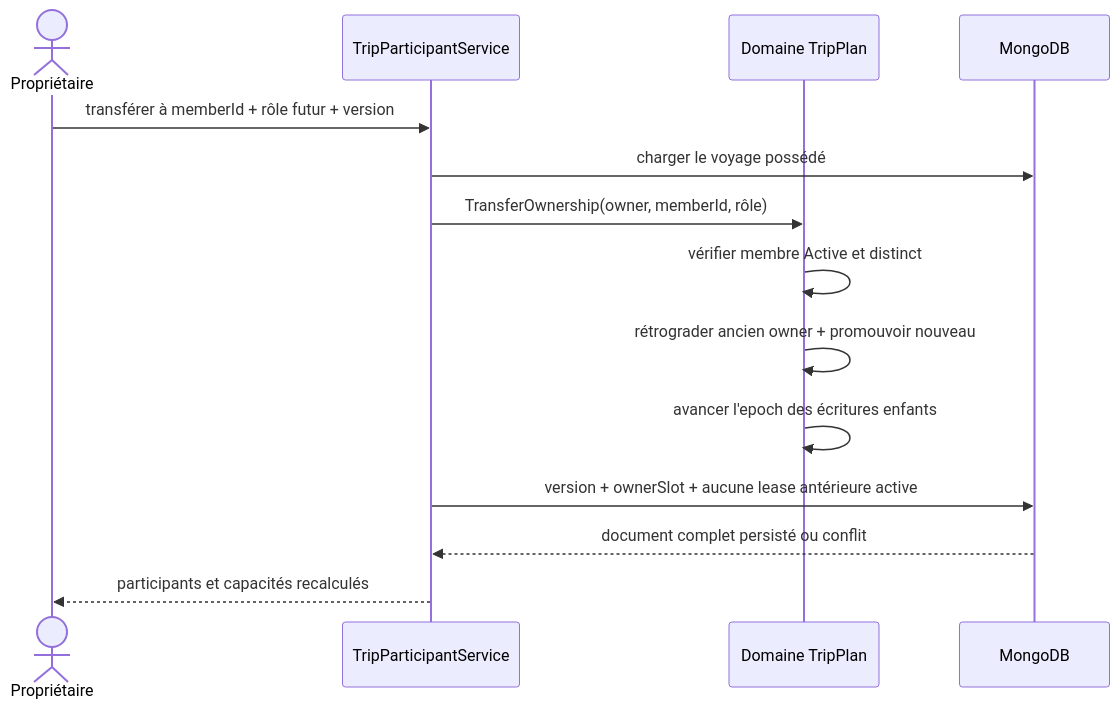
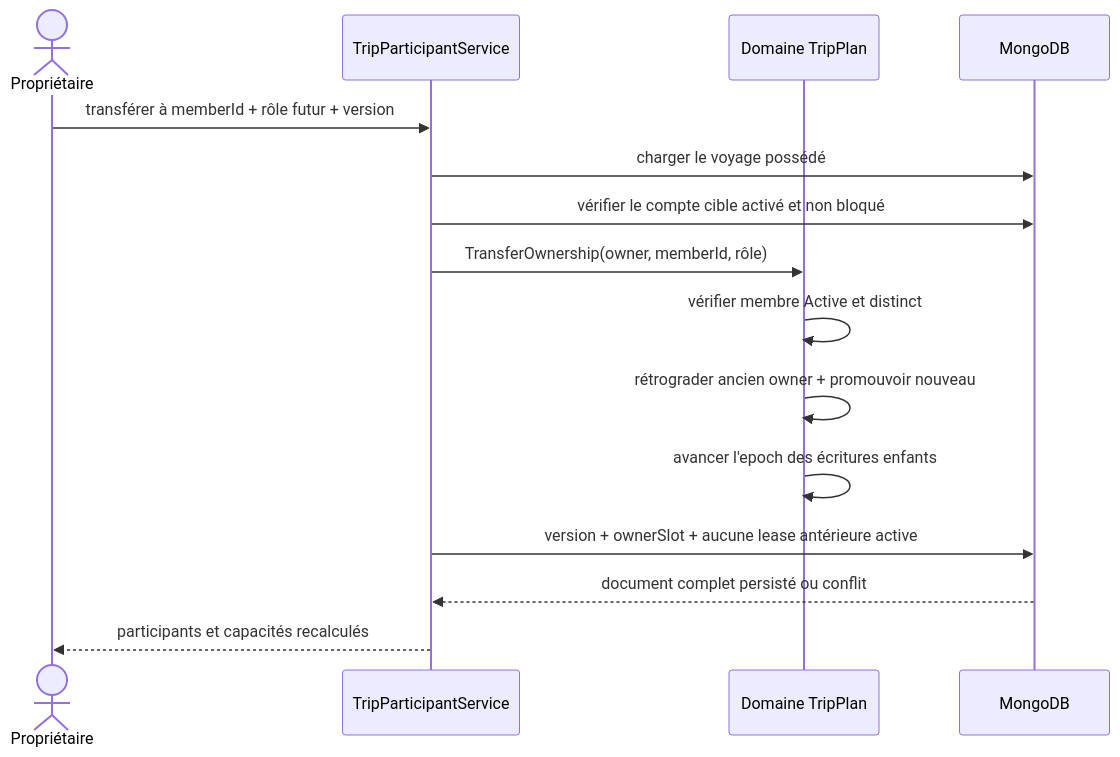
Before and after one commit to Ced59/AmusementParkProject: the third of 3 diagrams in docs/architecture/product-growth-trip-06-participants-roles-2026-09-18.md, drawn with Mermaid. The commit also changed other lines of this file and 7 other files, not shown here.

````diff
--- a/docs/architecture/product-growth-trip-06-participants-roles-2026-09-18.md
+++ b/docs/architecture/product-growth-trip-06-participants-roles-2026-09-18.md
@@ -222,17 +228,18 @@
 ```mermaid
 sequenceDiagram
     actor O as Propriétaire
     participant A as TripParticipantService
     participant D as Domaine TripPlan
     participant M as MongoDB
 
     O->>A: transférer à memberId + rôle futur + version
     A->>M: charger le voyage possédé
+    A->>M: vérifier le compte cible activé et non bloqué
     A->>D: TransferOwnership(owner, memberId, rôle)
     D->>D: vérifier membre Active et distinct
     D->>D: rétrograder ancien owner + promouvoir nouveau
     D->>D: avancer l'epoch des écritures enfants
     A->>M: version + ownerSlot + aucune lease antérieure active
     M-->>A: document complet persisté ou conflit
     A-->>O: participants et capacités recalculés
 ```
````
